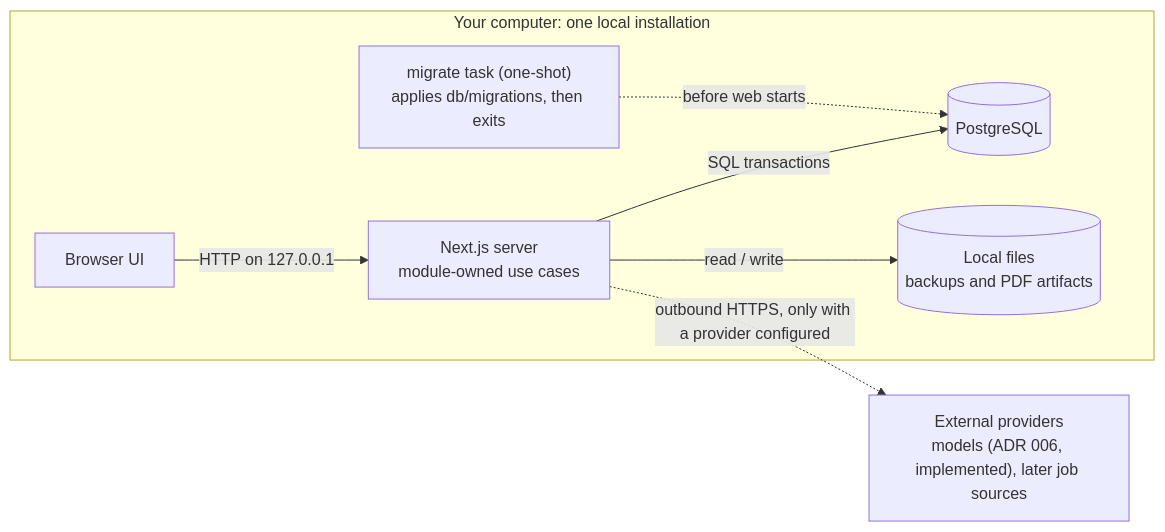
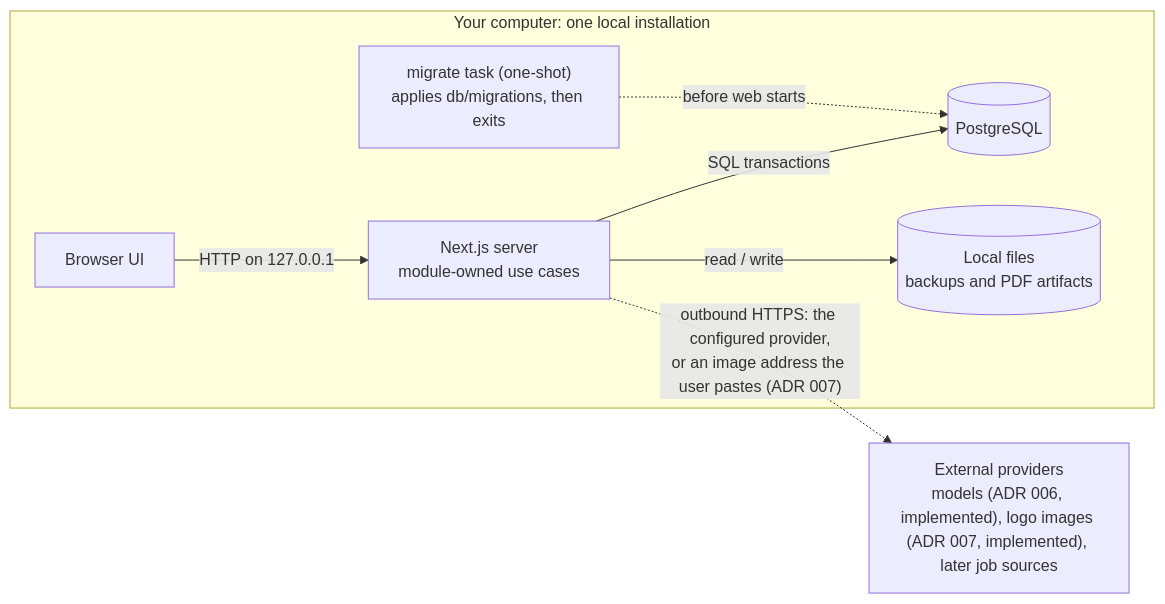
Before and after one commit to 3333444n/landed: the first of 2 diagrams in docs/03-system-and-modules.md, drawn with Mermaid. The commit also changed other lines of this file and 8 other files, not shown here.

````diff
--- a/docs/03-system-and-modules.md
+++ b/docs/03-system-and-modules.md
@@ -13,10 +13,10 @@
 ```mermaid
 flowchart LR
   subgraph local["Your computer: one local installation"]
     browser["Browser UI"] -->|"HTTP on 127.0.0.1"| app["Next.js server<br/>module-owned use cases"]
     app -->|"SQL transactions"| db[("PostgreSQL")]
     app -->|"read / write"| files[("Local files<br/>backups and PDF artifacts")]
     migrate["migrate task (one-shot)<br/>applies db/migrations, then exits"] -.->|"before web starts"| db
   end
-  app -.->|"outbound HTTPS, only with a provider configured"| providers["External providers<br/>models (ADR 006, implemented), later job sources"]
+  app -.->|"outbound HTTPS: the configured provider,<br/>or an image address the user pastes (ADR 007)"| providers["External providers<br/>models (ADR 006, implemented), logo images (ADR 007, implemented), later job sources"]
 ```
````
